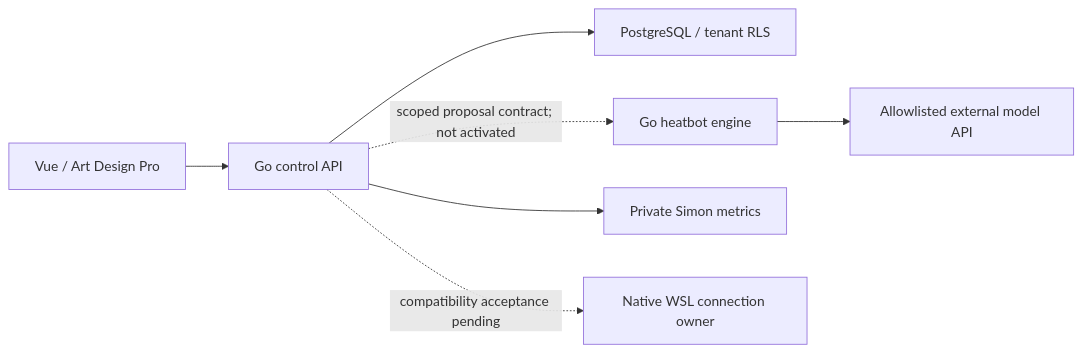
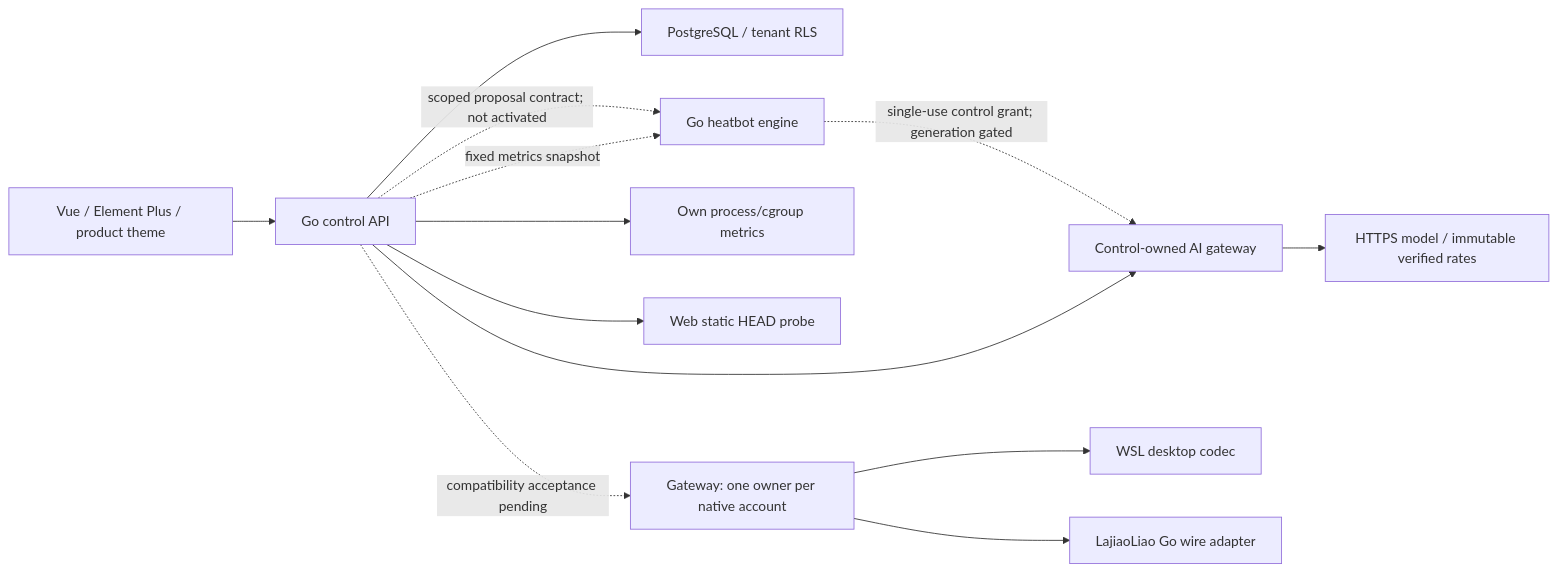
Before and after one commit to DH-devmax/ARTWSLBOt: the diagram in docs/architecture.md, drawn with Mermaid. The commit also changed other lines of this file and 1327 other files, not shown here.

````diff
--- a/docs/architecture.md
+++ b/docs/architecture.md
@@ -8,9 +96,15 @@
 ```mermaid
 flowchart LR
-  UI["Vue / Art Design Pro"] --> API["Go control API"]
+  UI["Vue / Element Plus / product theme"] --> API["Go control API"]
   API --> PG["PostgreSQL / tenant RLS"]
   API -. "scoped proposal contract; not activated" .-> AI["Go heatbot engine"]
-  AI --> Model["Allowlisted external model API"]
-  API --> Monitor["Private Simon metrics"]
-  API -. "compatibility acceptance pending" .-> Native["Native WSL connection owner"]
+  AI -. "single-use control grant; generation gated" .-> Gateway["Control-owned AI gateway"]
+  API --> Gateway
+  Gateway --> Model["HTTPS model / immutable verified rates"]
+  API --> Monitor["Own process/cgroup metrics"]
+  API -. "fixed metrics snapshot" .-> AI
+  API --> WebProbe["Web static HEAD probe"]
+  API -. "compatibility acceptance pending" .-> Native["Gateway: one owner per native account"]
+  Native --> WSL["WSL desktop codec"]
+  Native --> Chili["LajiaoLiao Go wire adapter"]
 ```
````
